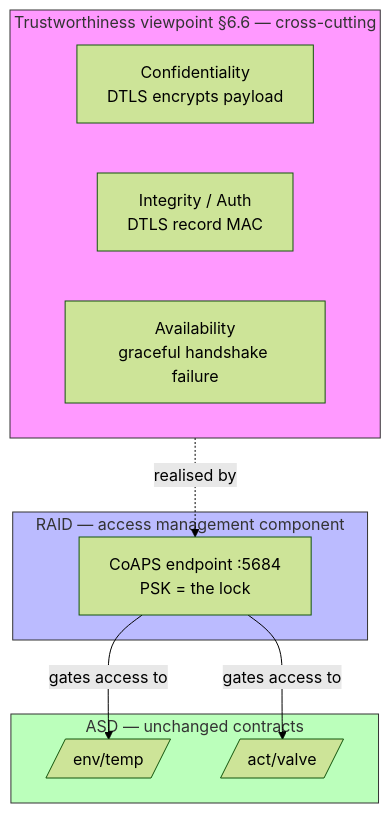
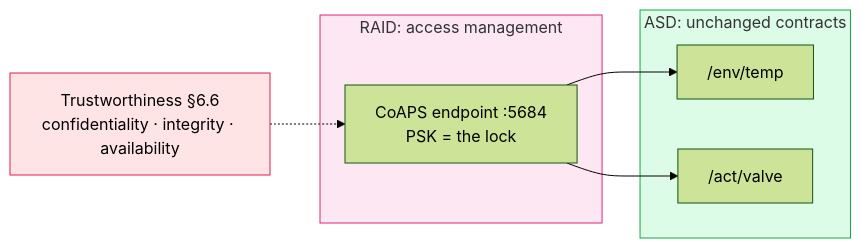
The diagram in labs/lab6.md (Giraldo0712/4201327-iot_systems_design), drawn with Mermaid (forest theme) before and after one commit. The commit also changed other lines of this file and 12 other files, not shown here.

````diff
--- a/labs/lab6.md
+++ b/labs/lab6.md
@@ -34,22 +100,16 @@
 ```mermaid
-graph TD
-    subgraph TW [Trustworthiness viewpoint §6.6 — cross-cutting]
-        Conf[Confidentiality<br/>DTLS encrypts payload]
-        Integ[Integrity / Auth<br/>DTLS record MAC]
-        Avail[Availability<br/>graceful handshake failure]
+graph LR
+    subgraph RAID [RAID: access management]
+        Door["CoAPS endpoint :5684<br/>PSK = the lock"]
     end
-    subgraph RAID [RAID — access management component]
-        Door[CoAPS endpoint :5684<br/>PSK = the lock]
+    subgraph ASD [ASD: unchanged contracts]
+        Temp["/env/temp"]
+        Valve["/act/valve"]
     end
-    subgraph ASD [ASD — unchanged contracts]
-        Temp[/env/temp/]
-        Valve[/act/valve/]
-    end
-    TW -.->|realised by| Door
-    Door -->|gates access to| Temp
-    Door -->|gates access to| Valve
-
-    style TW fill:#f9f,stroke:#333
-    style RAID fill:#bbf,stroke:#333
-    style ASD fill:#bfb,stroke:#333
+    TW["Trustworthiness §6.6<br/>confidentiality · integrity · availability"] -.-> Door
+    Door --> Temp
+    Door --> Valve
+    style RAID fill:#fce7f3,stroke:#db2777
+    style ASD fill:#dcfce7,stroke:#16a34a
+    style TW fill:#ffe4e6,stroke:#e11d48
 ```
````
